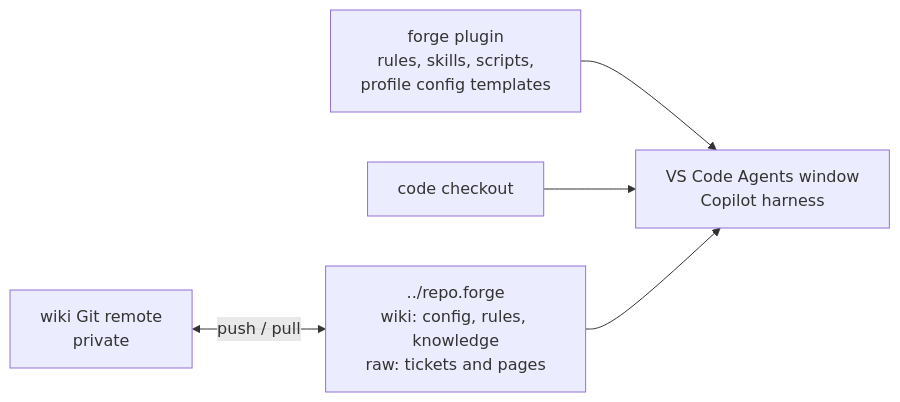
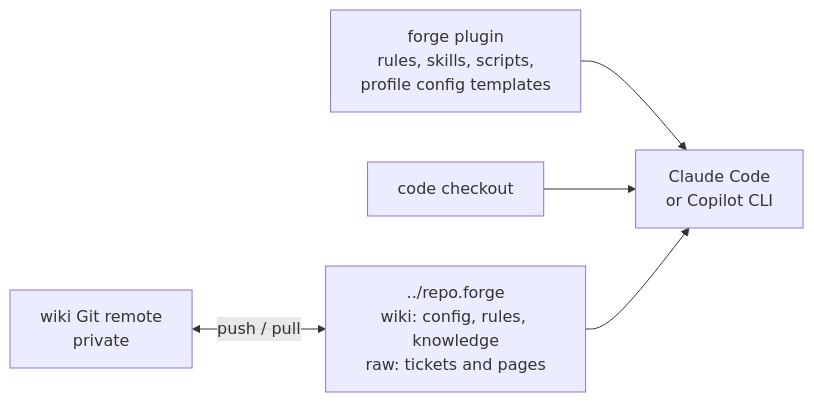
The first of 3 diagrams in README.md (alexradunet/forge-engineering), drawn with Mermaid before and after one commit. The commit also changed other lines of this file and 50 other files, not shown here.

First line of the commit message:
forge 13.0.0: no VS Code support

````diff
--- a/README.md
+++ b/README.md
@@ -20,7 +20,7 @@
 ```mermaid
 flowchart LR
-  plugin["forge plugin<br/>rules, skills, scripts,<br/>profile config templates"] --> vscode["VS Code Agents window<br/>Copilot harness"]
-  repo["code checkout"] --> vscode
-  wiki["../repo.forge<br/>wiki: config, rules, knowledge<br/>raw: tickets and pages"] --> vscode
+  plugin["forge plugin<br/>rules, skills, scripts,<br/>profile config templates"] --> host["Claude Code<br/>or Copilot CLI"]
+  repo["code checkout"] --> host
+  wiki["../repo.forge<br/>wiki: config, rules, knowledge<br/>raw: tickets and pages"] --> host
   shared["wiki Git remote<br/>private"] <-->|push / pull| wiki
 ```
````
